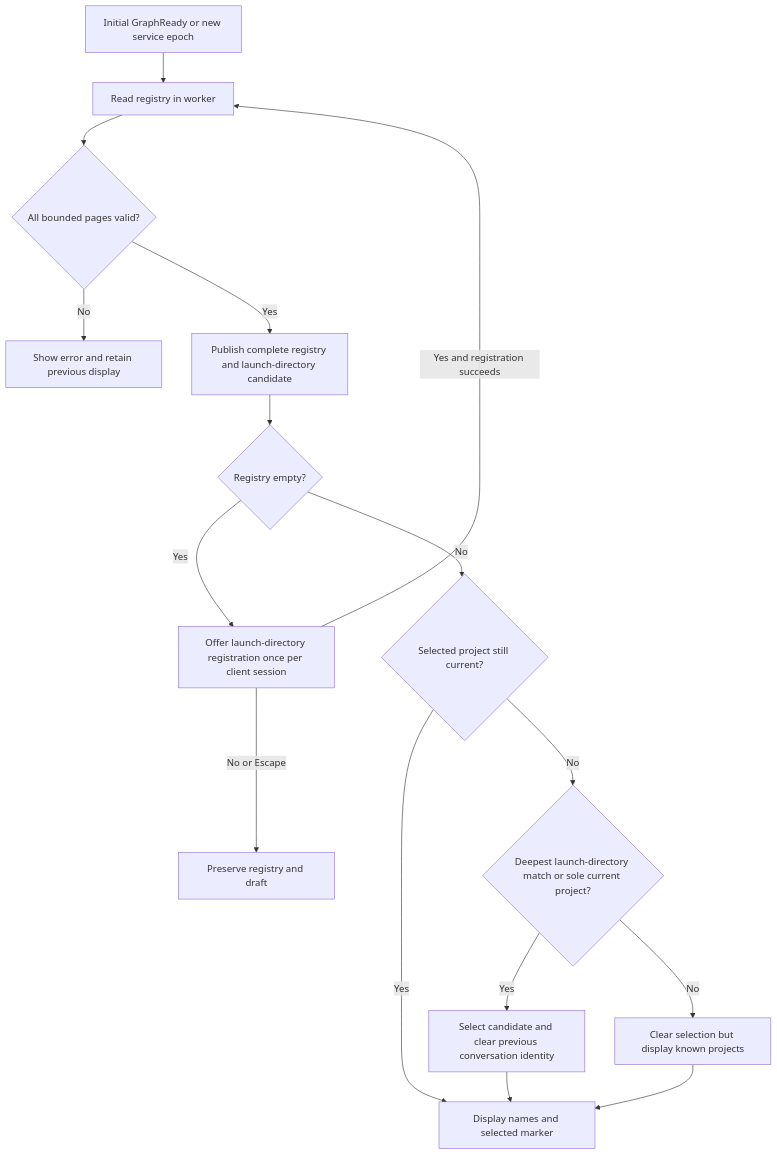
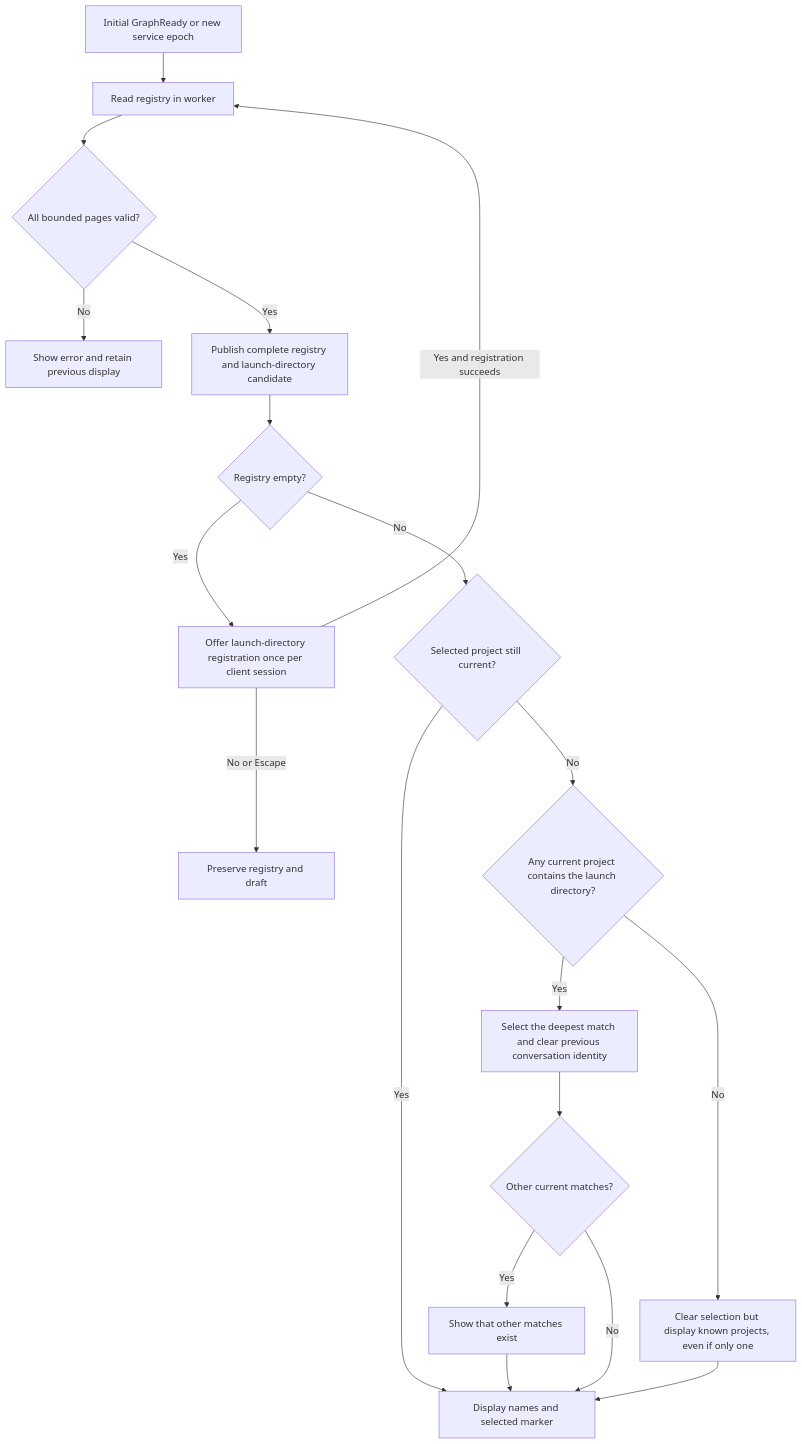
Before and after one commit to pidster/asura: diagram 11 of 12 in docs/designs/early-production-status-slice.md, drawn with Mermaid. The commit also changed other lines of this file and 7 other files, not shown here.

First line of the commit message:
Record owner decisions on job output, launch selection and TB9

````diff
--- a/docs/designs/early-production-status-slice.md
+++ b/docs/designs/early-production-status-slice.md
@@ -822,18 +824,21 @@
 ```mermaid
 flowchart TD
     Ready["Initial GraphReady or new service epoch"] --> Queue["Read registry in worker"]
     Queue --> Pages{"All bounded pages valid?"}
     Pages -->|No| Error["Show error and retain previous display"]
     Pages -->|Yes| Registry["Publish complete registry and launch-directory candidate"]
     Registry --> Empty{"Registry empty?"}
     Empty -->|Yes| Offer["Offer launch-directory registration once per client session"]
     Empty -->|No| Keep{"Selected project still current?"}
     Keep -->|Yes| Show["Display names and selected marker"]
-    Keep -->|No| Candidate{"Deepest launch-directory match or sole current project?"}
-    Candidate -->|Yes| Select["Select candidate and clear previous conversation identity"]
-    Candidate -->|No| Unset["Clear selection but display known projects"]
-    Select --> Show
+    Keep -->|No| Candidate{"Any current project contains the launch directory?"}
+    Candidate -->|Yes| Select["Select the deepest match and clear previous conversation identity"]
+    Select --> Others{"Other current matches?"}
+    Others -->|Yes| Hint["Show that other matches exist"]
+    Candidate -->|No| Unset["Clear selection but display known projects, even if only one"]
+    Hint --> Show
+    Others -->|No| Show
     Unset --> Show
     Offer -->|Yes and registration succeeds| Queue
     Offer -->|No or Escape| Unchanged["Preserve registry and draft"]
 ```
````
